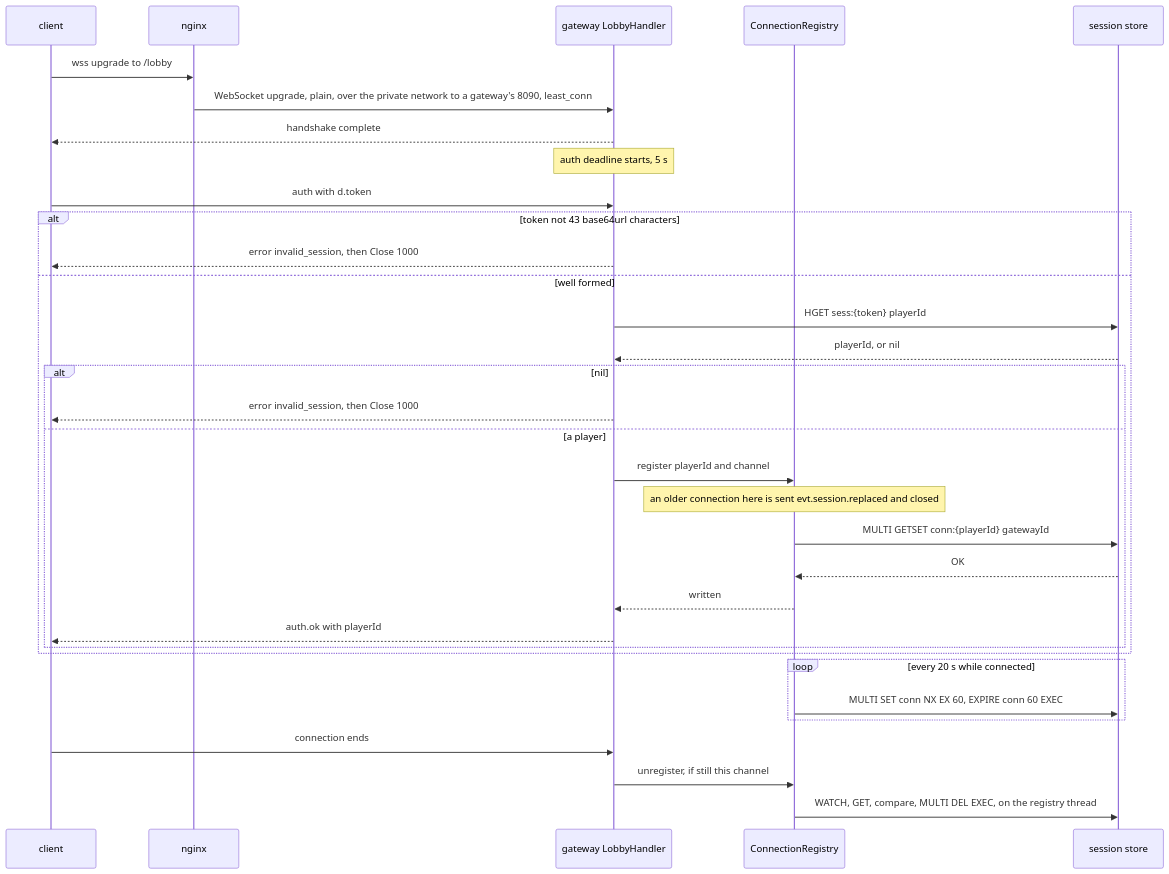
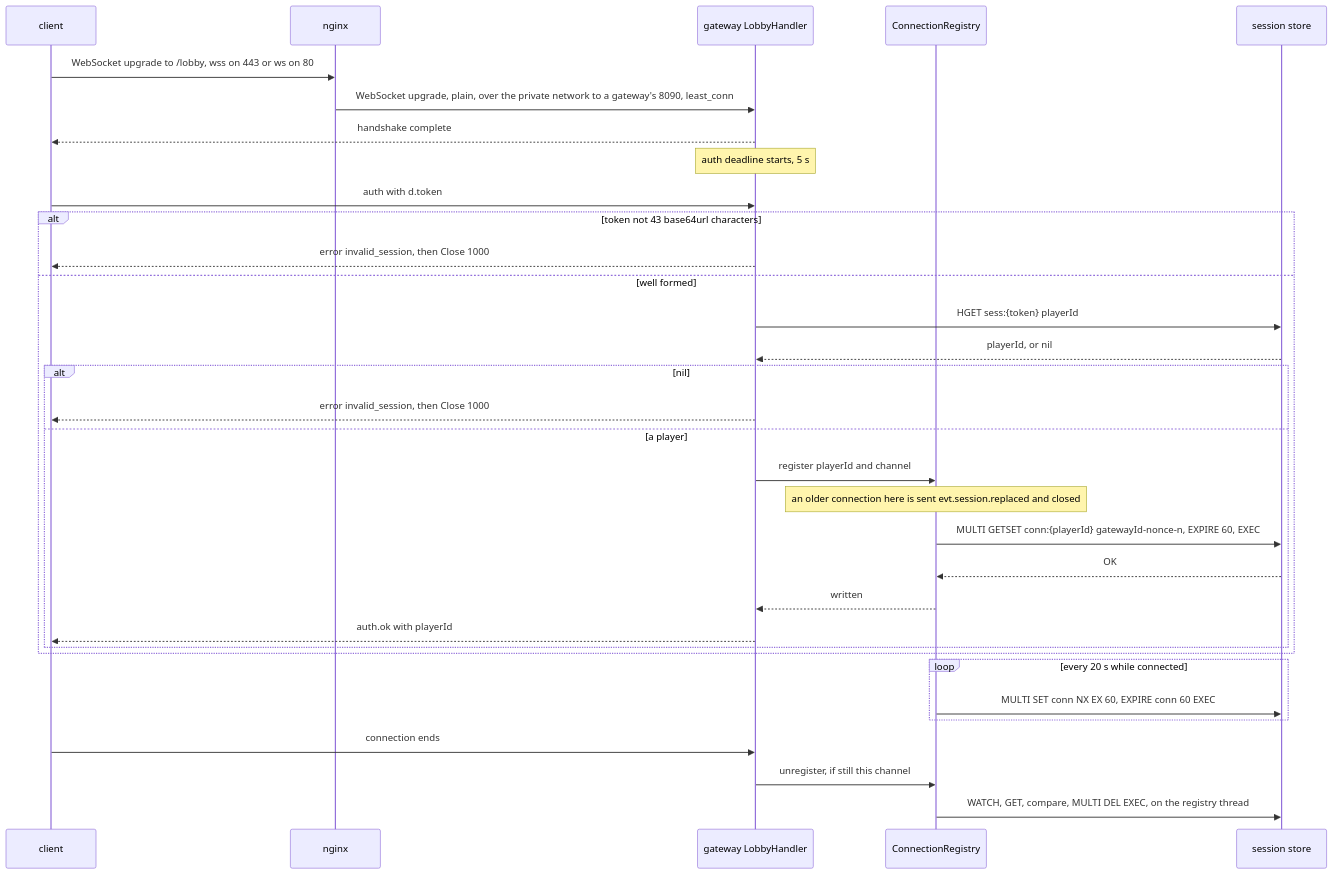
Before and after one commit to greensoft-atom/depio-simulation-platform: the first of 8 diagrams in docs/diagrams/03-lobby-and-store.md, drawn with Mermaid. The commit also changed other lines of this file and 121 other files, not shown here.

````diff
--- a/docs/diagrams/03-lobby-and-store.md
+++ b/docs/diagrams/03-lobby-and-store.md
@@ -16,35 +27,35 @@
 ```mermaid
 sequenceDiagram
     participant C as client
     participant N as nginx
     participant L as gateway LobbyHandler
     participant R as ConnectionRegistry
     participant S as session store
-    C->>N: wss upgrade to /lobby
+    C->>N: WebSocket upgrade to /lobby, wss on 443 or ws on 80
     N->>L: WebSocket upgrade, plain, over the private network to a gateway's 8090, least_conn
     L-->>C: handshake complete
     Note over L: auth deadline starts, 5 s
     C->>L: auth with d.token
     alt token not 43 base64url characters
         L-->>C: error invalid_session, then Close 1000
     else well formed
         L->>S: HGET sess:{token} playerId
         S-->>L: playerId, or nil
         alt nil
             L-->>C: error invalid_session, then Close 1000
         else a player
             L->>R: register playerId and channel
             Note over R: an older connection here is sent evt.session.replaced and closed
-            R->>S: MULTI GETSET conn:{playerId} gatewayId#nonce-n, EXPIRE 60, EXEC
+            R->>S: MULTI GETSET conn:{playerId} gatewayId-nonce-n, EXPIRE 60, EXEC
             S-->>R: OK
             R-->>L: written
             L-->>C: auth.ok with playerId
         end
     end
     loop every 20 s while connected
         R->>S: MULTI SET conn NX EX 60, EXPIRE conn 60 EXEC
     end
     C->>L: connection ends
     L->>R: unregister, if still this channel
     R->>S: WATCH, GET, compare, MULTI DEL EXEC, on the registry thread
 ```
````
